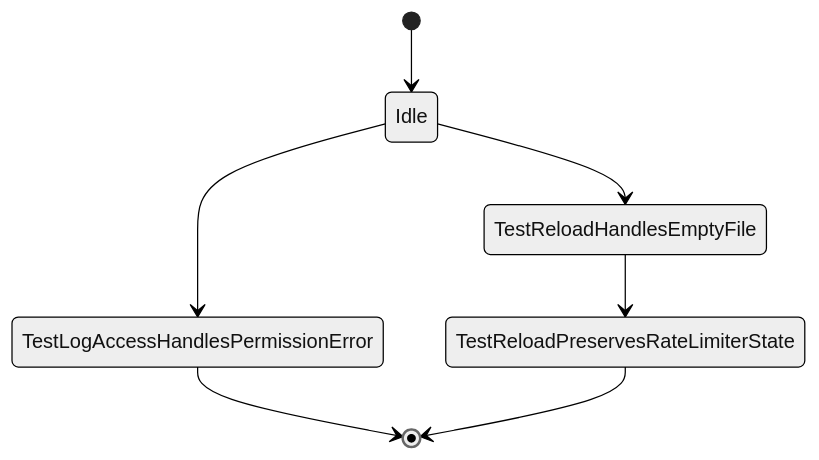
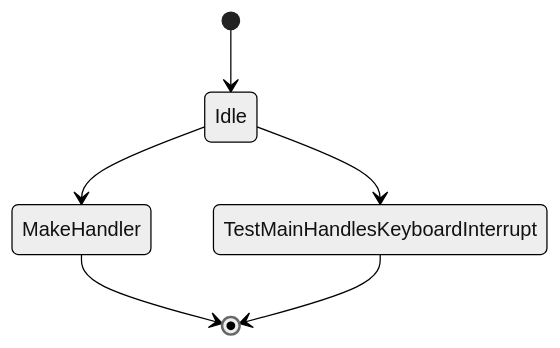
The second of 8 diagrams in docs/auto/ARCHITECTURE_AUTO.md (zepfu/llama-gguf-inference), drawn with Mermaid (neutral theme) before and after one commit. The commit also changed other lines of this file and 2 other files, not shown here.

````diff
--- a/docs/auto/ARCHITECTURE_AUTO.md
+++ b/docs/auto/ARCHITECTURE_AUTO.md
@@ -37,9 +38,8 @@
 ```mermaid
 stateDiagram-v2
     [*] --> Idle
-    Idle --> TestLogAccessHandlesPermissionError
-    TestLogAccessHandlesPermissionError --> [*]
-    Idle --> TestReloadHandlesEmptyFile
-    TestReloadHandlesEmptyFile --> TestReloadPreservesRateLimiterState
-    TestReloadPreservesRateLimiterState --> [*]
+    Idle --> MakeHandler
+    MakeHandler --> [*]
+    Idle --> TestMainHandlesKeyboardInterrupt
+    TestMainHandlesKeyboardInterrupt --> [*]
 ```
````
